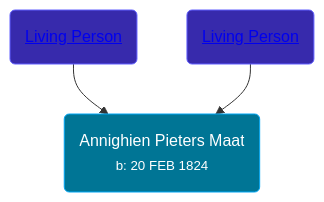
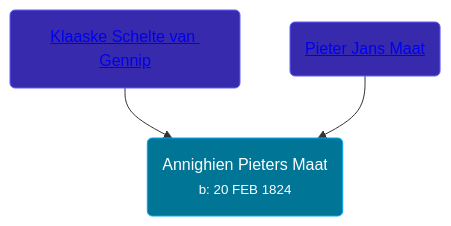
The diagram in pages/people/7/7249878.md (wpmgotkh/wpmgotkh.github.io), drawn with Mermaid before and after one commit. The commit also changed other lines of this file and 586 other files, not shown here.

Commit message:
feat: better shouldConsiderPersonLiving algo

````diff
--- a/pages/people/7/7249878.md
+++ b/pages/people/7/7249878.md
@@ -11,9 +11,9 @@
 ```mermaid
 graph
 classDef grands fill:#193cb8,stroke:#2b7fff,stroke-width:1px,color:#fff;
 classDef parents fill:#372aac,stroke:#615fff,stroke-width:1px,color:#fff;
 classDef primary fill:#007595,stroke:#00a6f4,stroke-width:1px,color:#fff;
 7249878(Annighien Pieters Maat<br /><small>b: 20 FEB 1824</small>):::primary
-196672(<a class="text-white" href="/people/1/196672">Living Person</a>):::parents-->7249878
-79488014(<a class="text-white" href="/people/7/79488014">Living Person</a>):::parents-->7249878
+196672(<a class="text-white" href="/people/1/196672">Klaaske Schelte van Gennip</a>):::parents-->7249878
+79488014(<a class="text-white" href="/people/7/79488014">Pieter Jans Maat</a>):::parents-->7249878
 ```
````
